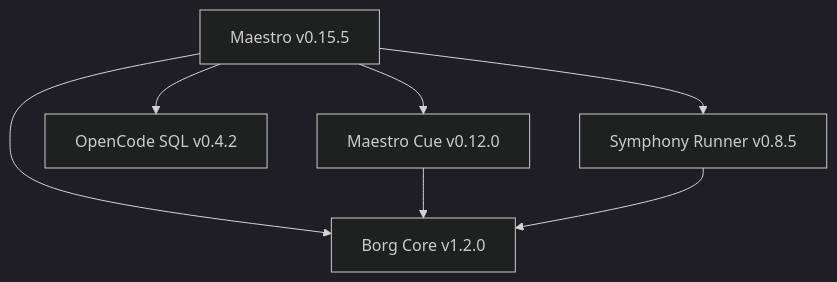
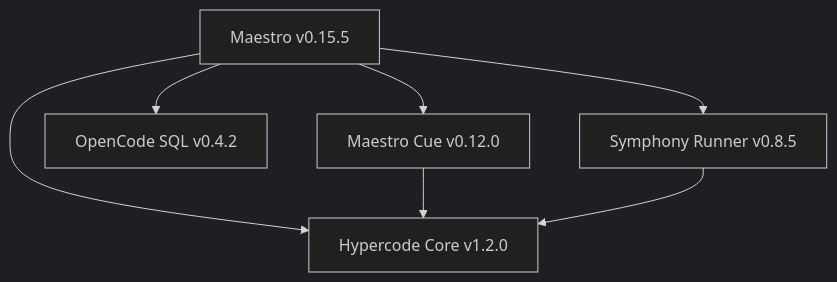
One commit to robertpelloni/Maestro changed the diagram in docs/document-graph.md. Above: the diagram before and after it, drawn with Mermaid (dark theme). The commit also changed other lines of this file and 68 other files, not shown here.

Commit message:
chore: rename borg to hypercode and update to latest

````diff
--- a/docs/document-graph.md
+++ b/docs/document-graph.md
@@ -14,9 +14,9 @@
 ```mermaid
 graph TD
-    Maestro[Maestro v0.15.5] --> Borg[Borg Core v1.2.0]
+    Maestro[Maestro v0.15.5] --> Hypercode[Hypercode Core v1.2.0]
     Maestro --> Symphony[Symphony Runner v0.8.5]
     Maestro --> OpenCode[OpenCode SQL v0.4.2]
     Maestro --> Cue[Maestro Cue v0.12.0]
-    Cue --> Borg
-    Symphony --> Borg
+    Cue --> Hypercode
+    Symphony --> Hypercode
 ```
````
